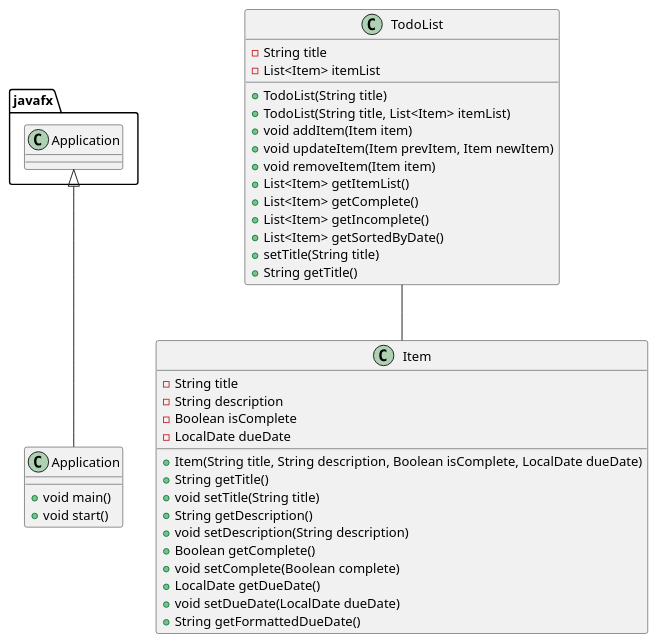
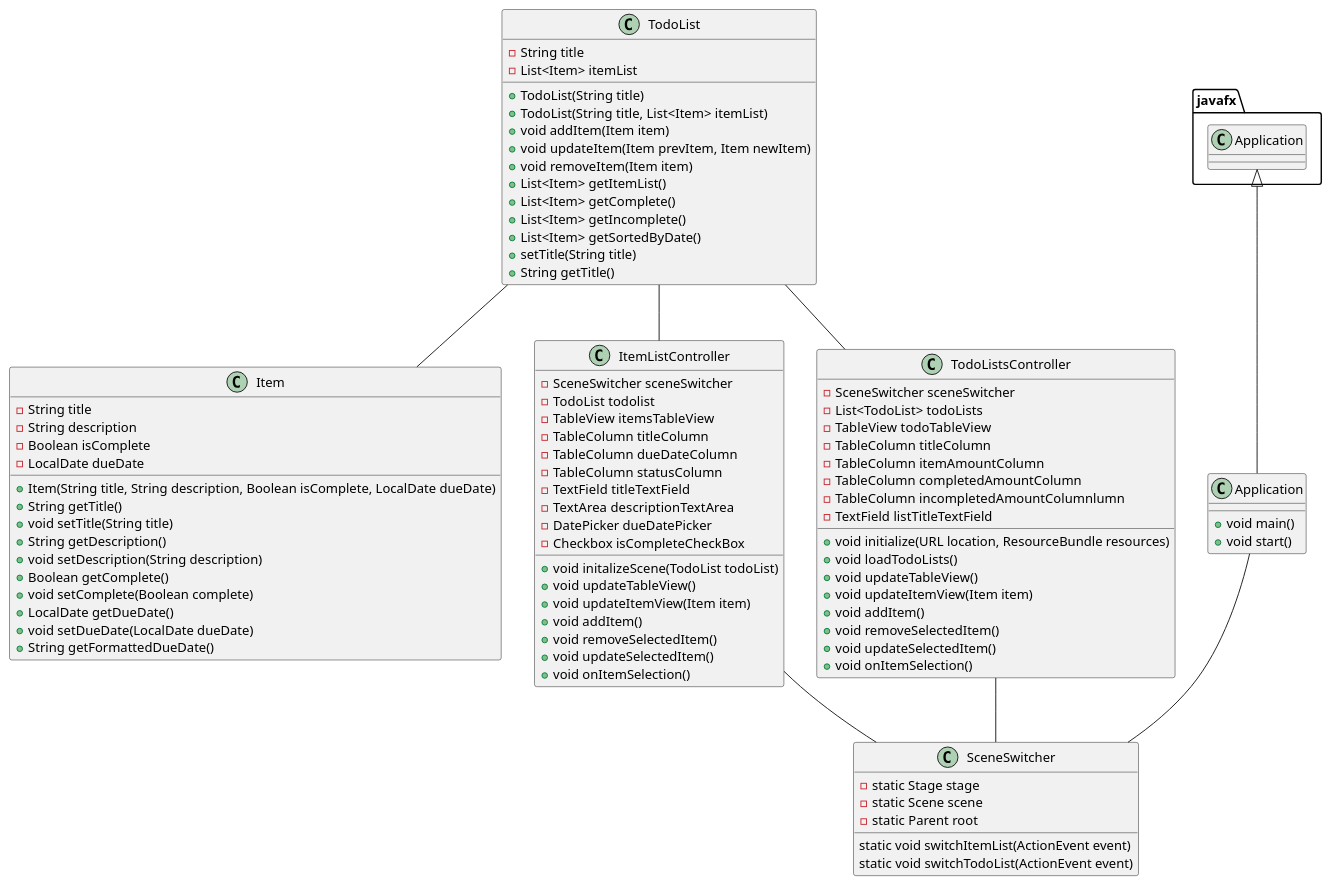
One commit to drumman22/grossman-app1-design changed the diagram in docs/Application.puml. Above: the diagram before and after it, drawn with PlantUML. The commit also changed 3 other files, not shown here.

```diff
--- a/docs/Application.puml
+++ b/docs/Application.puml
@@ -1,46 +1,101 @@
 @startuml
 
 class Application {
 + void main()
 + void start()
 }
 
 class TodoList {
 -String title
 -List<Item> itemList
 
 + TodoList(String title)
 + TodoList(String title, List<Item> itemList)
 + void addItem(Item item)
 + void updateItem(Item prevItem, Item newItem)
 + void removeItem(Item item)
 + List<Item> getItemList()
 + List<Item> getComplete()
 + List<Item> getIncomplete()
 + List<Item> getSortedByDate()
 + setTitle(String title)
 + String getTitle()
 }
 
 class Item {
 -String title
 -String description
 -Boolean isComplete
 -LocalDate dueDate
 
 + Item(String title, String description, Boolean isComplete, LocalDate dueDate)
 + String getTitle()
 + void setTitle(String title)
 + String getDescription()
 + void setDescription(String description)
 + Boolean getComplete()
 + void setComplete(Boolean complete)
 + LocalDate getDueDate()
 + void setDueDate(LocalDate dueDate)
 + String getFormattedDueDate()
 }
 
+class SceneSwitcher {
+-static Stage stage
+-static Scene scene
+-static Parent root
+
+static void switchItemList(ActionEvent event)
+static void switchTodoList(ActionEvent event)
+}
+
+class ItemListController {
+-SceneSwitcher sceneSwitcher
+-TodoList todolist
+-TableView itemsTableView
+-TableColumn titleColumn
+-TableColumn dueDateColumn
+-TableColumn statusColumn
+-TextField titleTextField
+-TextArea descriptionTextArea
+-DatePicker dueDatePicker
+-Checkbox isCompleteCheckBox
+
++ void initalizeScene(TodoList todoList)
++ void updateTableView()
++ void updateItemView(Item item)
++ void addItem()
++ void removeSelectedItem()
++ void updateSelectedItem()
++ void onItemSelection()
+}
+
+class TodoListsController {
+-SceneSwitcher sceneSwitcher
+-List<TodoList> todoLists
+-TableView todoTableView
+-TableColumn titleColumn
+-TableColumn itemAmountColumn
+-TableColumn completedAmountColumn
+-TableColumn incompletedAmountColumnlumn
+-TextField listTitleTextField
+
++ void initialize(URL location, ResourceBundle resources)
++ void loadTodoLists()
++ void updateTableView()
++ void updateItemView(Item item)
++ void addItem()
++ void removeSelectedItem()
++ void updateSelectedItem()
++ void onItemSelection()
+}
+
+TodoListsController -- SceneSwitcher
+ItemListController -- SceneSwitcher
+Application -- SceneSwitcher
+TodoList -- Item
+TodoList -- TodoListsController
+TodoList -- ItemListController
 javafx.Application <|-- Application
-TodoList -- Item
 
 @enduml
```
